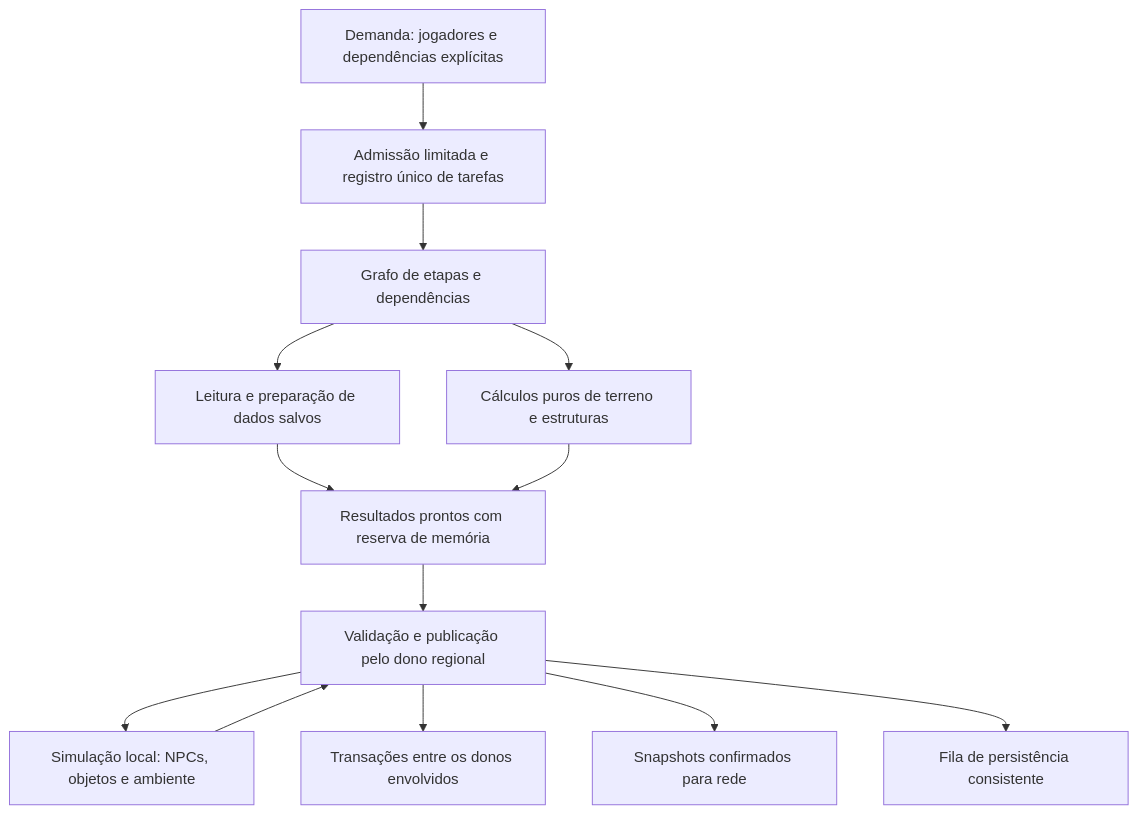
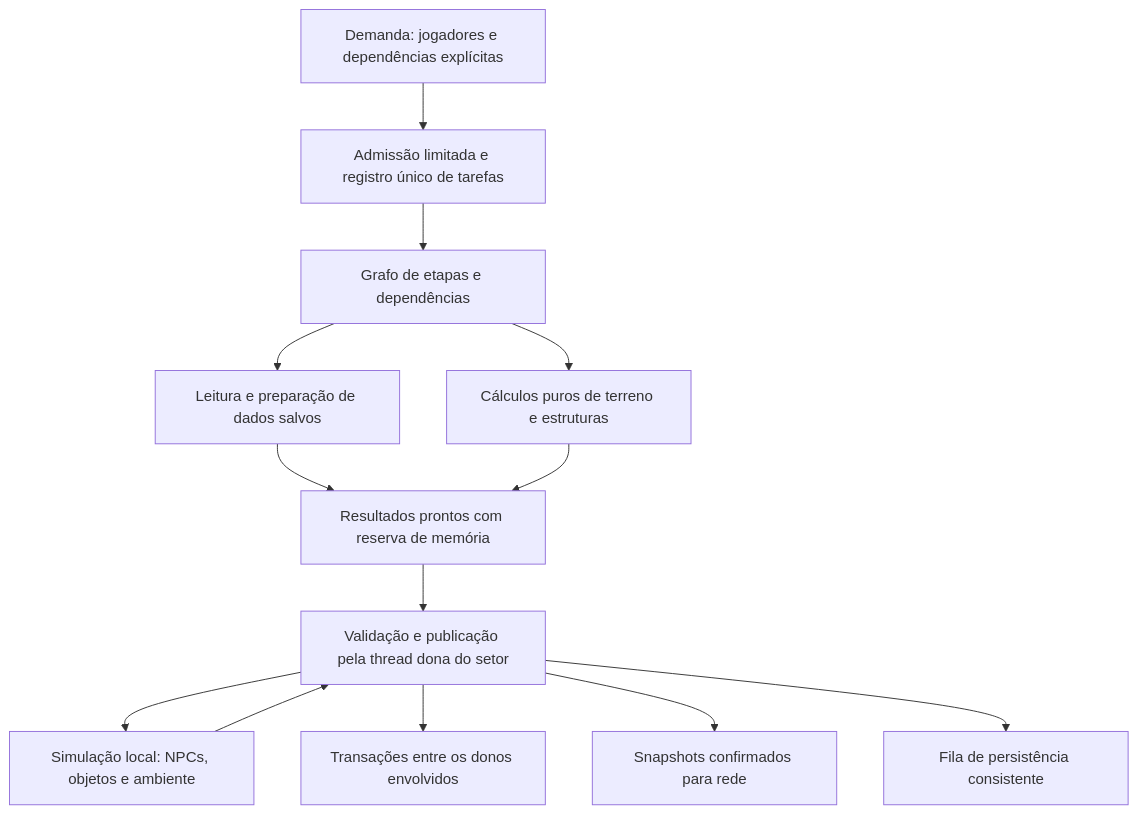
Before and after one commit to Modding-VK/OpenStarbound: the second of 2 diagrams in doc/world-region-rework-advanced-concept.md, drawn with Mermaid. The commit also changed other lines of this file, not shown here.

Commit message:
Define dedicated thread ownership per admitted sector

````diff
--- a/doc/world-region-rework-advanced-concept.md
+++ b/doc/world-region-rework-advanced-concept.md
@@ -421,15 +462,15 @@
 ```mermaid
 flowchart TD
   D[Demanda: jogadores e dependências explícitas] --> A[Admissão limitada e registro único de tarefas]
   A --> G[Grafo de etapas e dependências]
   G --> I[Leitura e preparação de dados salvos]
   G --> P[Cálculos puros de terreno e estruturas]
   I --> R[Resultados prontos com reserva de memória]
   P --> R
-  R --> L[Validação e publicação pelo dono regional]
+  R --> L[Validação e publicação pela thread dona do setor]
   L --> S[Simulação local: NPCs, objetos e ambiente]
   S --> L
   L --> X[Transações entre os donos envolvidos]
   L --> N[Snapshots confirmados para rede]
   L --> B[Fila de persistência consistente]
 ```
````
